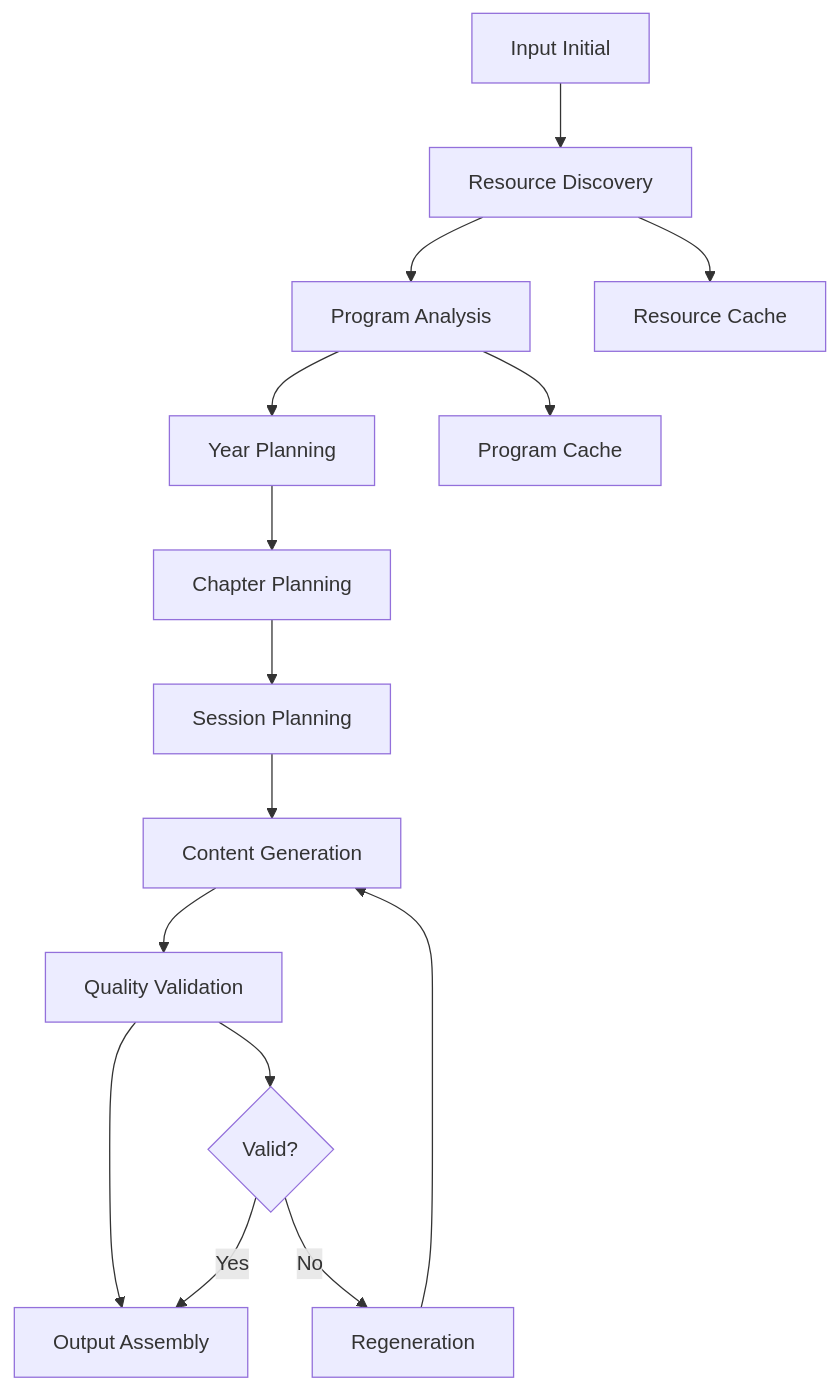
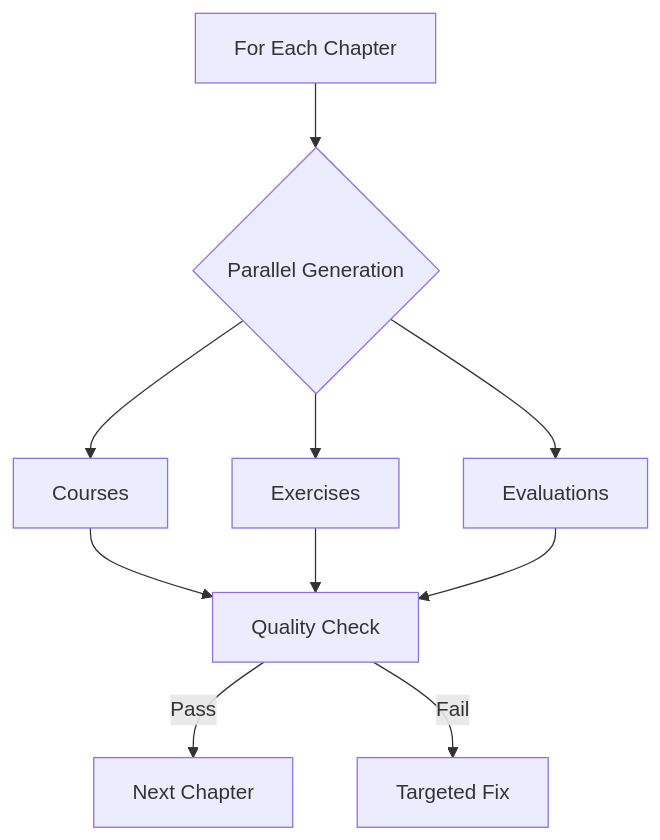
Before and after one commit to yourimerad/MathContentGenerator: the fourth of 5 diagrams in TODO_ROADMAP_DETAILED.md, drawn with Mermaid. The commit also changed other lines of this file and 2 other files, not shown here.

Commit message:
Update implementation plan with enriched prompt strategy and detailed architecture

````diff
--- a/TODO_ROADMAP_DETAILED.md
+++ b/TODO_ROADMAP_DETAILED.md
@@ -25,18 +325,10 @@
 ```mermaid
 graph TD
-    A[Input Initial] --> B[Resource Discovery]
-    B --> C[Program Analysis]
-    C --> D[Year Planning]
-    D --> E[Chapter Planning]
-    E --> F[Session Planning]
-    F --> G[Content Generation]
-    G --> H[Quality Validation]
-    H --> I[Output Assembly]
-    
-    B --> J[Resource Cache]
-    C --> K[Program Cache]
-    H --> L{Valid?}
-    L -->|No| M[Regeneration]
-    M --> G
-    L -->|Yes| I
+    A[For Each Chapter] --> B{Parallel Generation}
+    B --> C[Courses]
+    B --> D[Exercises]
+    B --> E[Evaluations]
+    C & D & E --> F[Quality Check]
+    F -->|Pass| G[Next Chapter]
+    F -->|Fail| H[Targeted Fix]
 ```
````
